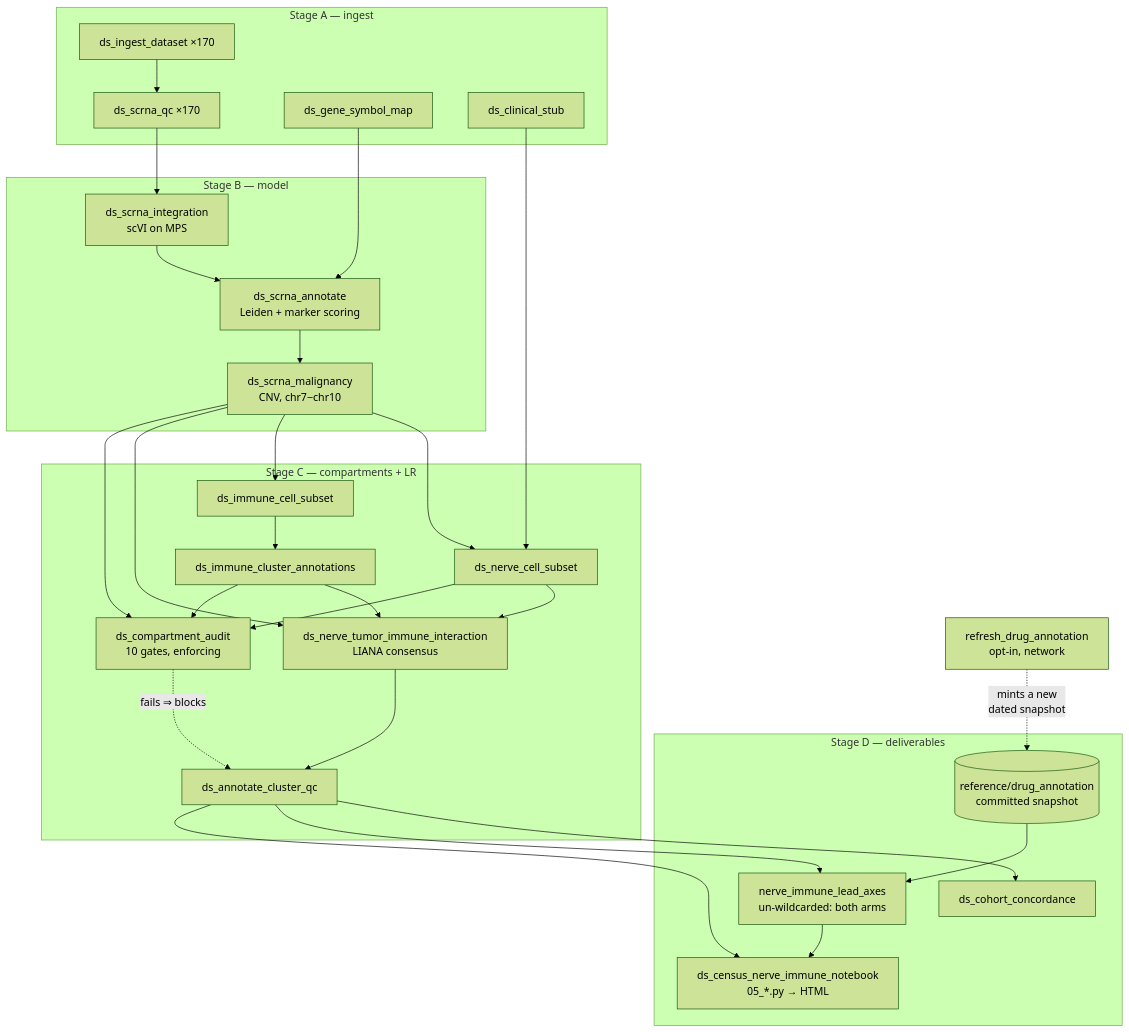
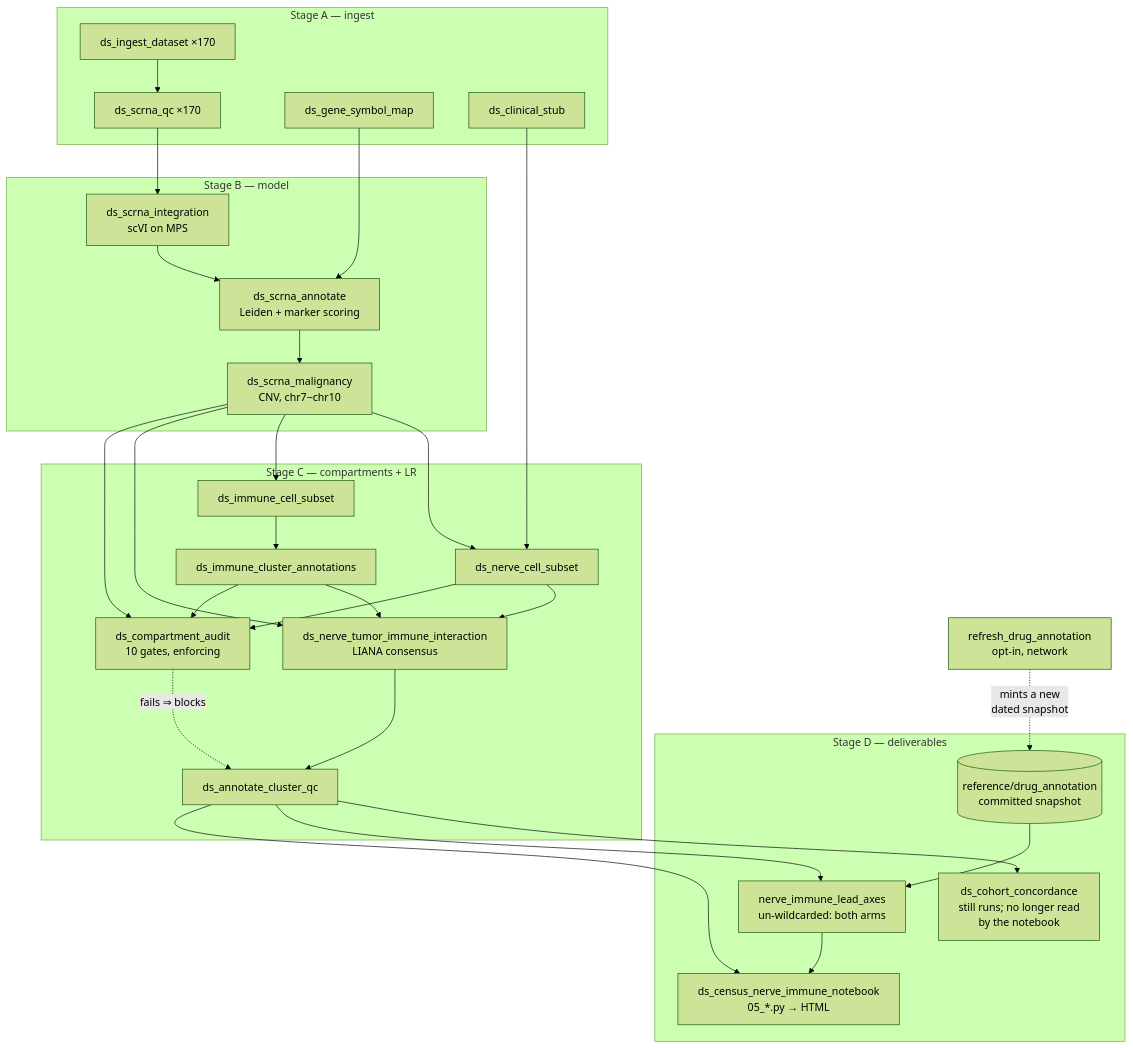
Before and after one commit to jjevans25/Nerve_Analysis_TCGA_GBM: the diagram in markdowns/GBM_TME_Crosstalk_Analysis.md, drawn with Mermaid (forest theme). The commit also changed other lines of this file and 6 other files, not shown here.

````diff
--- a/markdowns/GBM_TME_Crosstalk_Analysis.md
+++ b/markdowns/GBM_TME_Crosstalk_Analysis.md
@@ -160,36 +160,36 @@
 ```mermaid
 flowchart TD
     subgraph A["Stage A — ingest"]
         I["ds_ingest_dataset ×170"] --> Q["ds_scrna_qc ×170"]
         GM["ds_gene_symbol_map"]
         CS["ds_clinical_stub"]
     end
     subgraph B["Stage B — model"]
         Q --> INT["ds_scrna_integration<br/>scVI on MPS"]
         INT --> ANN["ds_scrna_annotate<br/>Leiden + marker scoring"]
         GM --> ANN
         ANN --> MAL["ds_scrna_malignancy<br/>CNV, chr7−chr10"]
     end
     subgraph C["Stage C — compartments + LR"]
         MAL --> NRV["ds_nerve_cell_subset"]
         MAL --> IMM["ds_immune_cell_subset"]
         CS --> NRV
         IMM --> IMA["ds_immune_cluster_annotations"]
         NRV --> LR["ds_nerve_tumor_immune_interaction<br/>LIANA consensus"]
         IMA --> LR
         MAL --> LR
         NRV --> AUD["ds_compartment_audit<br/>10 gates, enforcing"]
         IMA --> AUD
         MAL --> AUD
         LR --> QC2["ds_annotate_cluster_qc"]
     end
     subgraph D["Stage D — deliverables"]
-        QC2 --> CON["ds_cohort_concordance"]
+        QC2 --> CON["ds_cohort_concordance<br/>still runs; no longer read<br/>by the notebook"]
         QC2 --> LA["nerve_immune_lead_axes<br/>un-wildcarded: both arms"]
         DRUG[("reference/drug_annotation<br/>committed snapshot")] --> LA
         LA --> NB["ds_census_nerve_immune_notebook<br/>05_*.py → HTML"]
         QC2 --> NB
     end
     AUD -.->|"fails ⇒ blocks"| QC2
     RF["refresh_drug_annotation<br/>opt-in, network"] -.->|"mints a new<br/>dated snapshot"| DRUG
 ```
````
